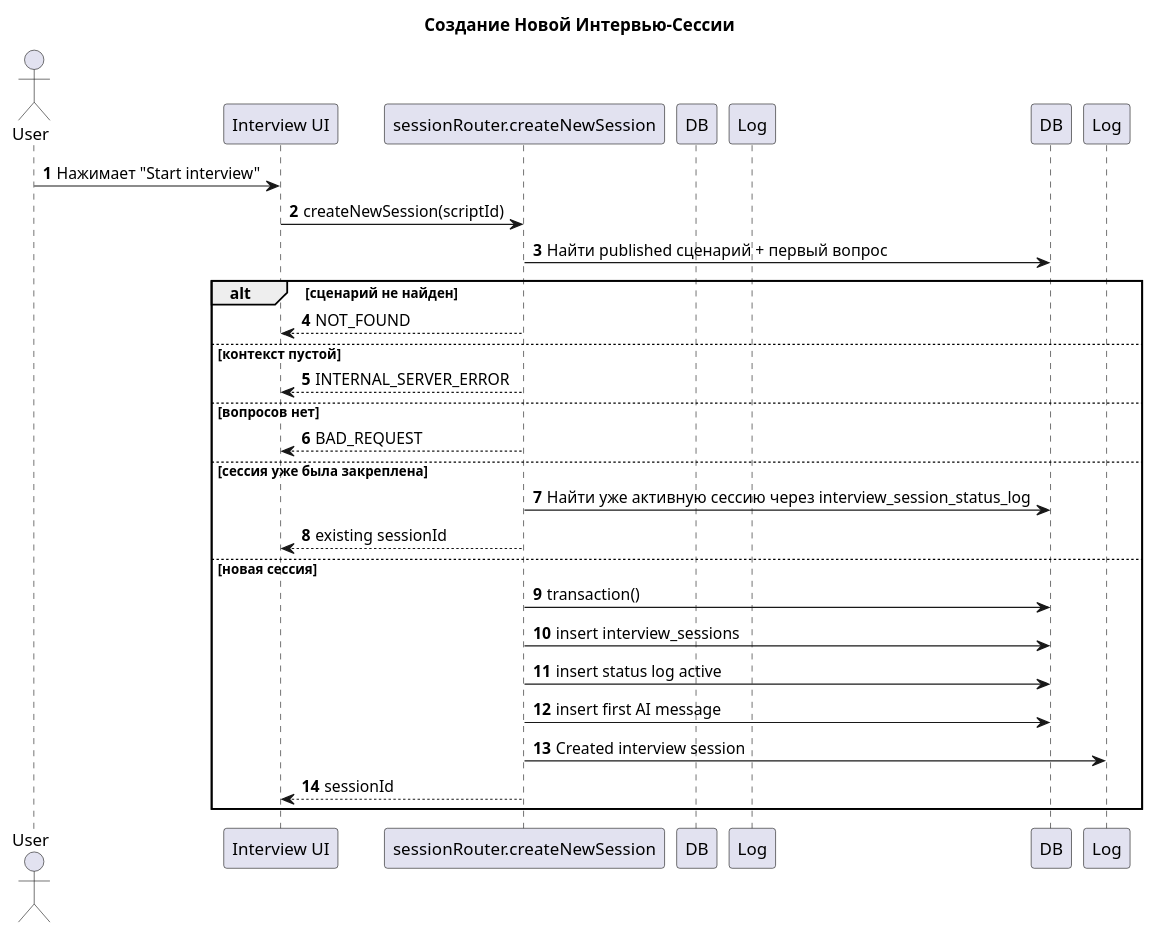
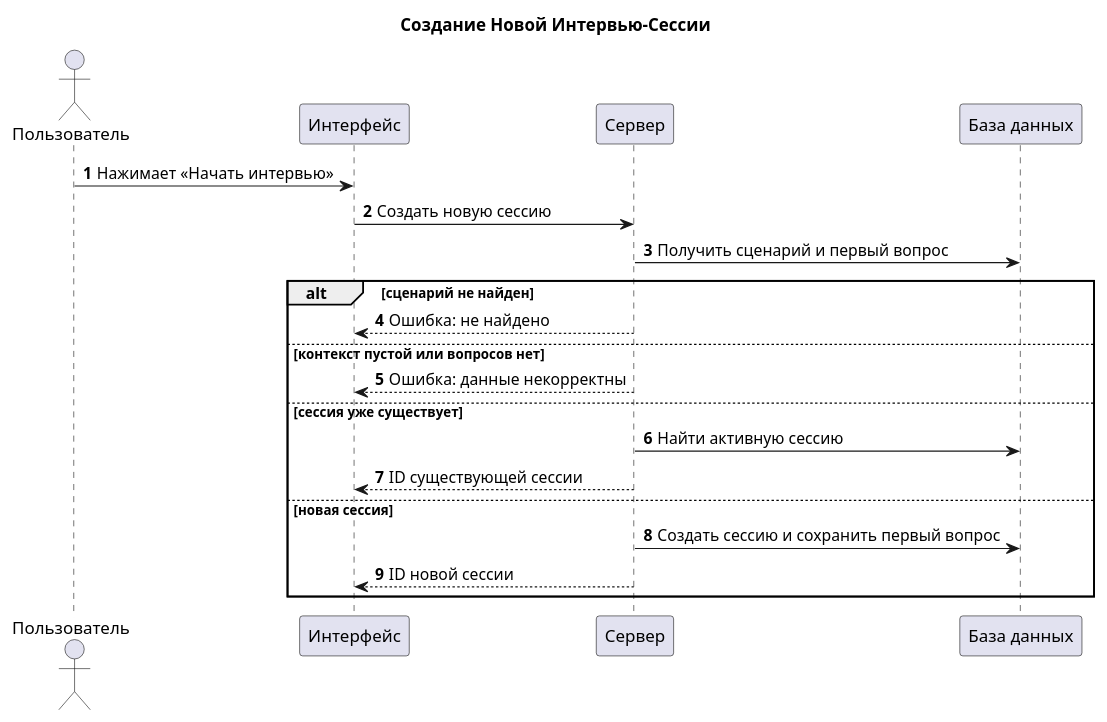
The diagram in docs/sequence/01_interview_session_create.puml (nifle3/diplom_work), drawn with PlantUML before and after one commit. The commit also changed 4 other files, not shown here.

Commit message:
update sequence

```diff
--- a/docs/sequence/01_interview_session_create.puml
+++ b/docs/sequence/01_interview_session_create.puml
@@ -1,34 +1,29 @@
 @startuml 01_interview_session_create
 title Создание Новой Интервью-Сессии
 
+skinparam backgroundColor white
+
 autonumber
 
-actor User
-participant UI as "Interview UI"
-participant API as "sessionRouter.createNewSession"
-participant DB as Postgres
-participant Log as Logger
+actor Пользователь
+participant UI as "Интерфейс"
+participant Server as "Сервер"
+participant DB as "База данных"
 
-User -> UI: Нажимает "Start interview"
-UI -> API: createNewSession(scriptId)
-API -> DB: Найти published сценарий + первый вопрос
+Пользователь -> UI: Нажимает «Начать интервью»
+UI -> Server: Создать новую сессию
+Server -> DB: Получить сценарий и первый вопрос
 
 alt сценарий не найден
-    API --> UI: NOT_FOUND
-else контекст пустой
-    API --> UI: INTERNAL_SERVER_ERROR
-else вопросов нет
-    API --> UI: BAD_REQUEST
-else сессия уже была закреплена
-    API -> DB: Найти уже активную сессию через interview_session_status_log
-    API --> UI: existing sessionId
+    Server --> UI: Ошибка: не найдено
+else контекст пустой или вопросов нет
+    Server --> UI: Ошибка: данные некорректны
+else сессия уже существует
+    Server -> DB: Найти активную сессию
+    Server --> UI: ID существующей сессии
 else новая сессия
-    API -> DB: transaction()
-    API -> DB: insert interview_sessions
-    API -> DB: insert status log active
-    API -> DB: insert first AI message
-    API -> Log: Created interview session
-    API --> UI: sessionId
+    Server -> DB: Создать сессию и сохранить первый вопрос
+    Server --> UI: ID новой сессии
 end
 
 @enduml
```
